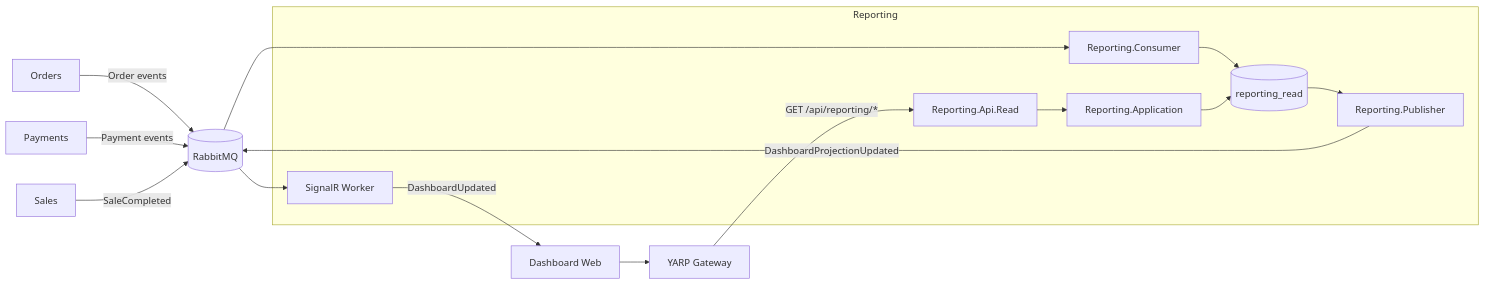
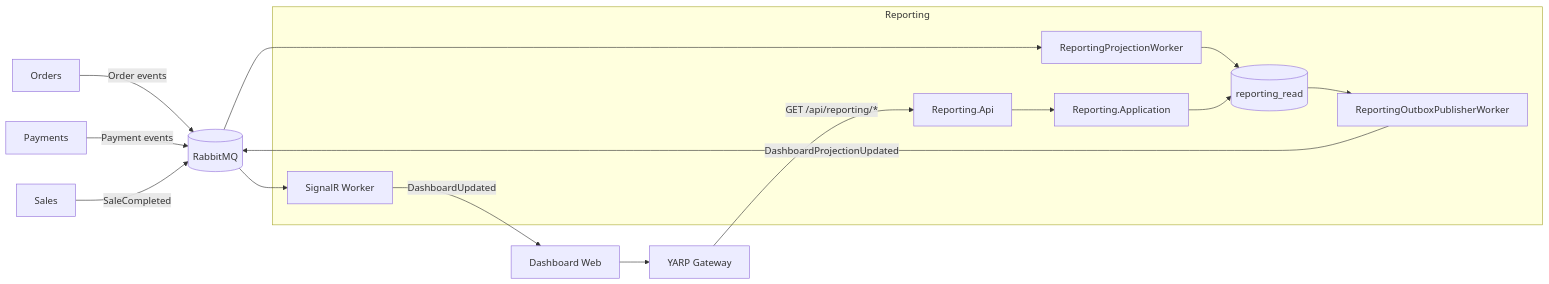
The first of 5 diagrams in docs/Reporting.README.md (sergioocode/Restaurantes), drawn with Mermaid before and after one commit. The commit also changed other lines of this file and 257 other files, not shown here.

````diff
--- a/docs/Reporting.README.md
+++ b/docs/Reporting.README.md
@@ -69,36 +65,36 @@
 ```mermaid
 flowchart LR
     Orders["Orders"]
     Payments["Payments"]
     Sales["Sales"]
     Rabbit[("RabbitMQ")]
 
     subgraph Reporting["Reporting"]
-        Consumer["Reporting.Consumer"]
+        Consumer["ReportingProjectionWorker"]
         ReadDb[("reporting_read")]
-        Publisher["Reporting.Publisher"]
-        Api["Reporting.Api.Read"]
+        Publisher["ReportingOutboxPublisherWorker"]
+        Api["Reporting.Api"]
         Application["Reporting.Application"]
         Realtime["SignalR Worker"]
     end
 
     Dashboard["Dashboard Web"]
     Gateway["YARP Gateway"]
 
     Orders -->|Order events| Rabbit
     Payments -->|Payment events| Rabbit
     Sales -->|SaleCompleted| Rabbit
 
     Rabbit --> Consumer
     Consumer --> ReadDb
     ReadDb --> Publisher
     Publisher -->|DashboardProjectionUpdated| Rabbit
     Rabbit --> Realtime
 
     Dashboard --> Gateway
     Gateway -->|GET /api/reporting/*| Api
     Api --> Application
     Application --> ReadDb
 
     Realtime -->|DashboardUpdated| Dashboard
 ```
````
